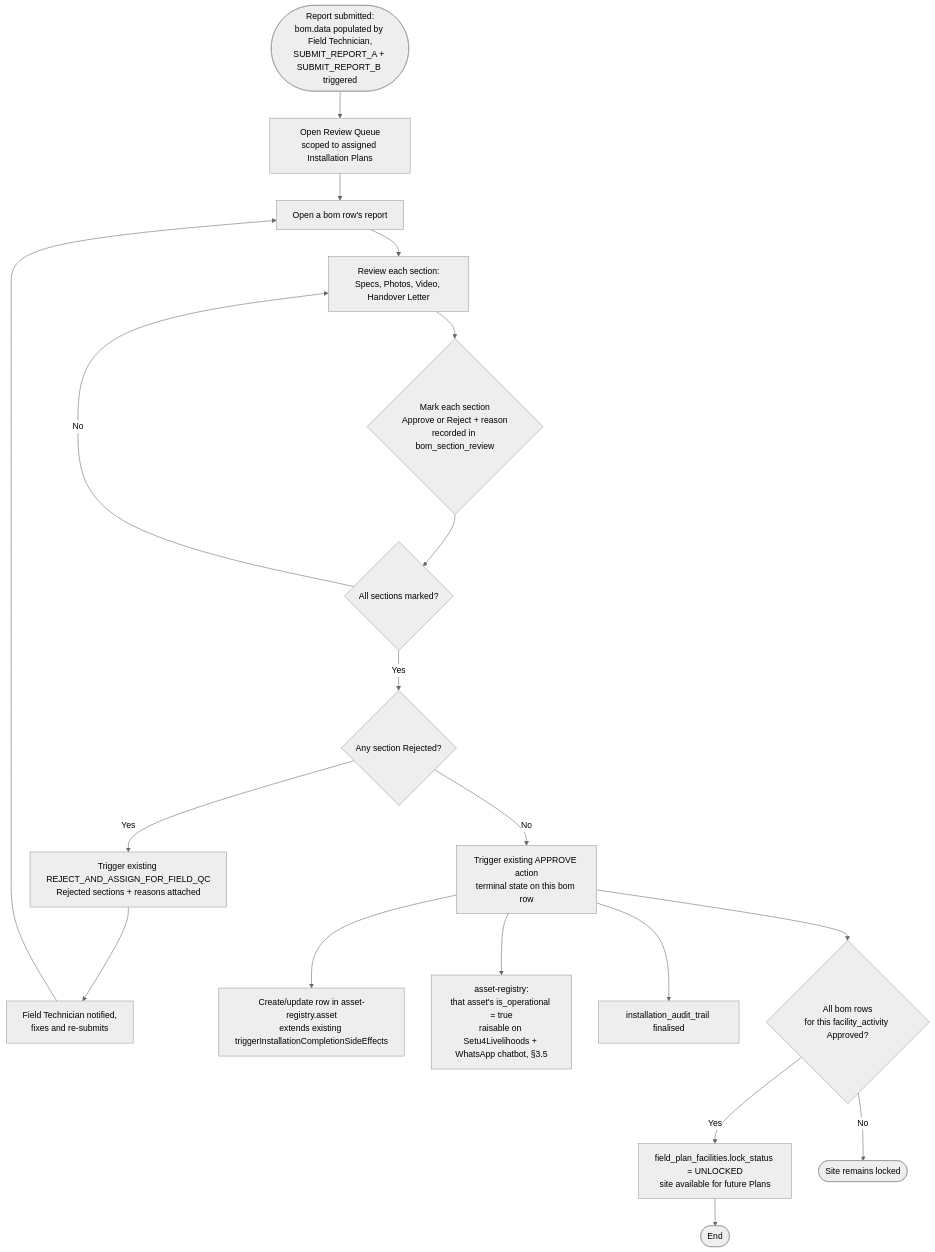
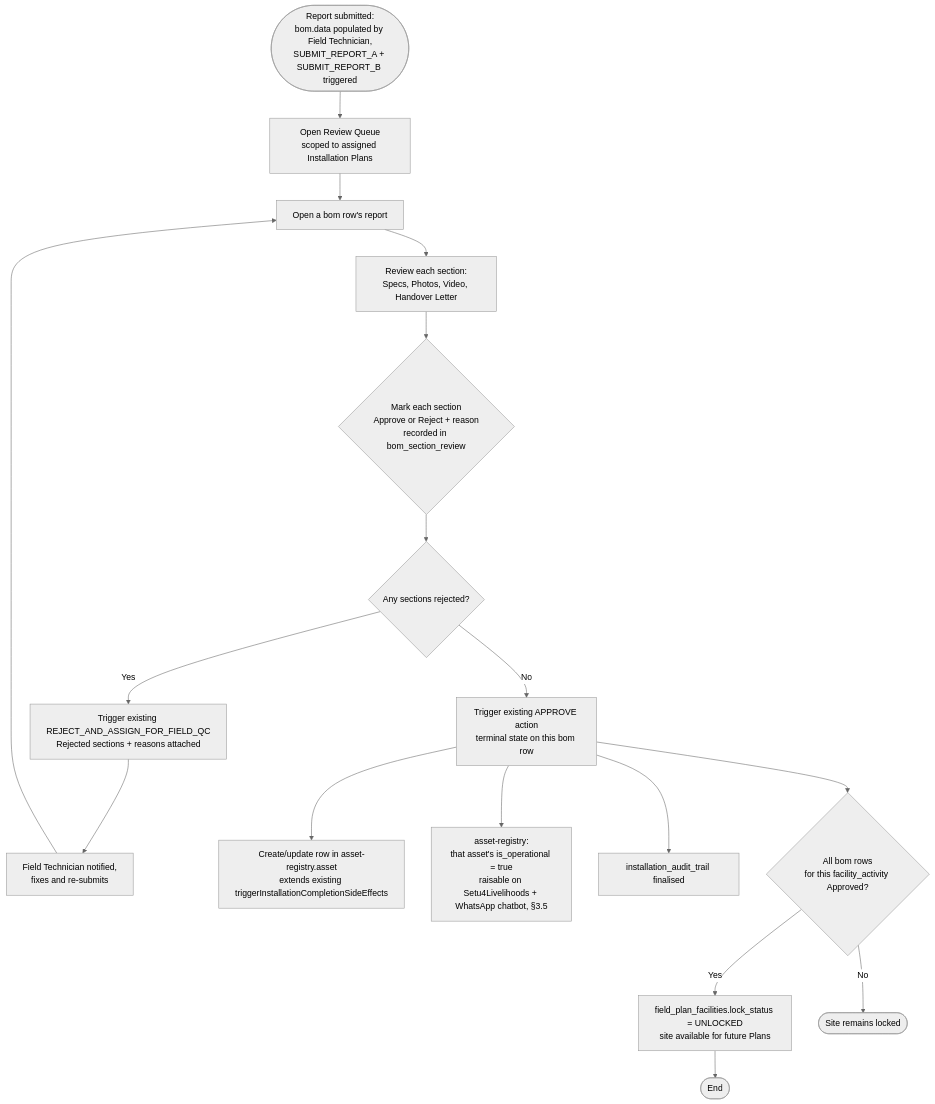
One commit to Selco-Foundation/Selco-Livelihood changed the fourth of 5 diagrams in Z_docs/Livelihood_installation/Livelihood_Installation_LLD.md. Above: the diagram before and after it, drawn with Mermaid (neutral theme). The commit also changed other lines of this file and 3 other files, not shown here.

````diff
--- a/Z_docs/Livelihood_installation/Livelihood_Installation_LLD.md
+++ b/Z_docs/Livelihood_installation/Livelihood_Installation_LLD.md
@@ -575,21 +588,19 @@
 ```mermaid
 flowchart TD
     A([Report submitted:\nbom.data populated by Field Technician,\nSUBMIT_REPORT_A + SUBMIT_REPORT_B triggered]) --> B[Open Review Queue\nscoped to assigned Installation Plans]
     B --> C[Open a bom row's report]
     C --> D[Review each section:\nSpecs, Photos, Video, Handover Letter]
     D --> E{Mark each section\nApprove or Reject + reason\nrecorded in bom_section_review}
-    E --> F{All sections marked?}
-    F -- No --> D
-    F -- Yes --> G{Any section Rejected?}
+    E --> G{Any sections rejected?}
     G -- Yes --> H[Trigger existing REJECT_AND_ASSIGN_FOR_FIELD_QC\nRejected sections + reasons attached]
     H --> I[Field Technician notified,\nfixes and re-submits]
     I --> C
     G -- No --> J[Trigger existing APPROVE action\nterminal state on this bom row]
     J --> K[Create/update row in asset-registry.asset\nextends existing triggerInstallationCompletionSideEffects]
     J --> M[asset-registry:\nthat asset's is_operational = true\nraisable on Setu4Livelihoods + WhatsApp chatbot, §3.5]
     J --> N[installation_audit_trail finalised]
     J --> O{All bom rows\nfor this facility_activity Approved?}
     O -- Yes --> P[field_plan_facilities.lock_status = UNLOCKED\nsite available for future Plans]
     O -- No --> Q([Site remains locked])
     P --> R([End])
 ```
````
